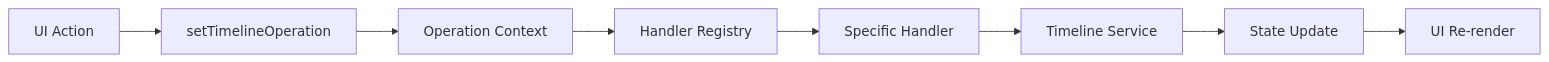
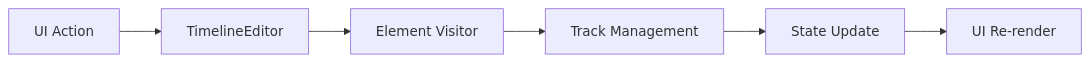
One commit to ncounterspecialist/twick changed the third of 7 diagrams in packages/documentation/docs/architecture.md. Above: the diagram before and after it, drawn with Mermaid. The commit also changed other lines of this file and 2 other files, not shown here.

````diff
--- a/packages/documentation/docs/architecture.md
+++ b/packages/documentation/docs/architecture.md
@@ -103,10 +118,8 @@
 ```mermaid
 graph LR
-    A[UI Action] --> B[setTimelineOperation]
-    B --> C[Operation Context]
-    C --> D[Handler Registry]
-    D --> E[Specific Handler]
-    E --> F[Timeline Service]
-    F --> G[State Update]
-    G --> H[UI Re-render]
+    A[UI Action] --> B[TimelineEditor]
+    B --> C[Element Visitor]
+    C --> D[Track Management]
+    D --> E[State Update]
+    E --> F[UI Re-render]
 ```
````
